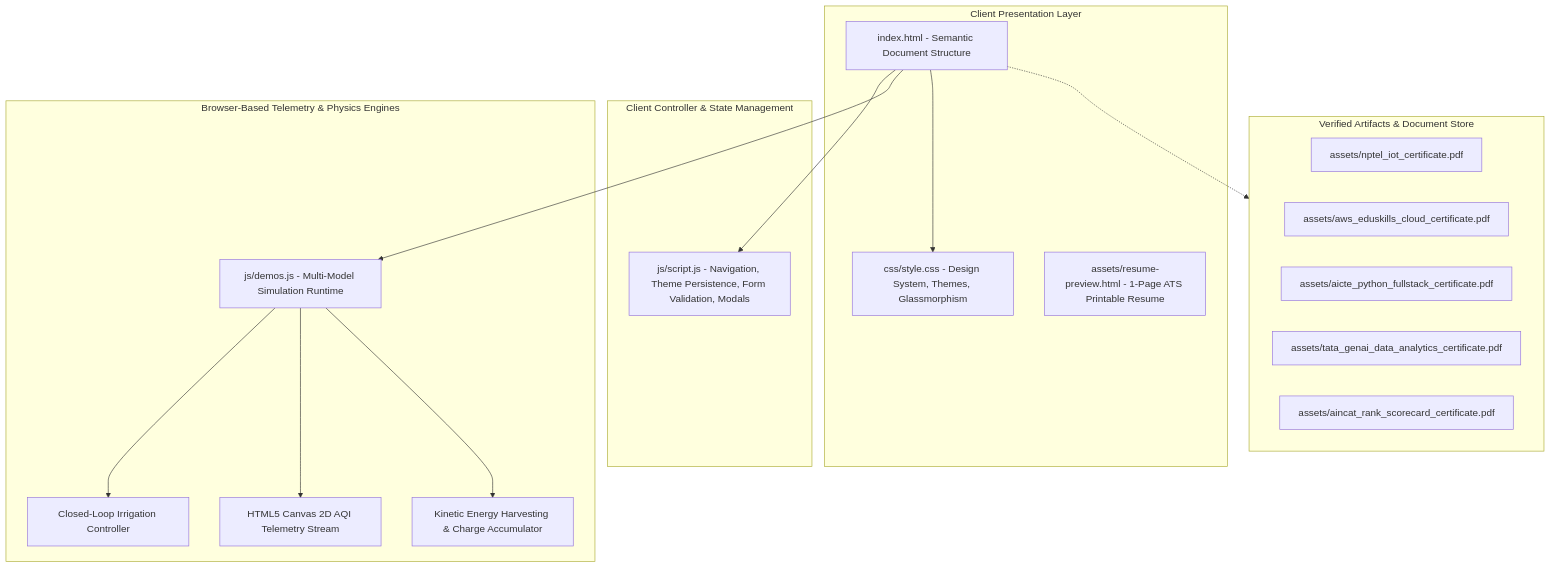
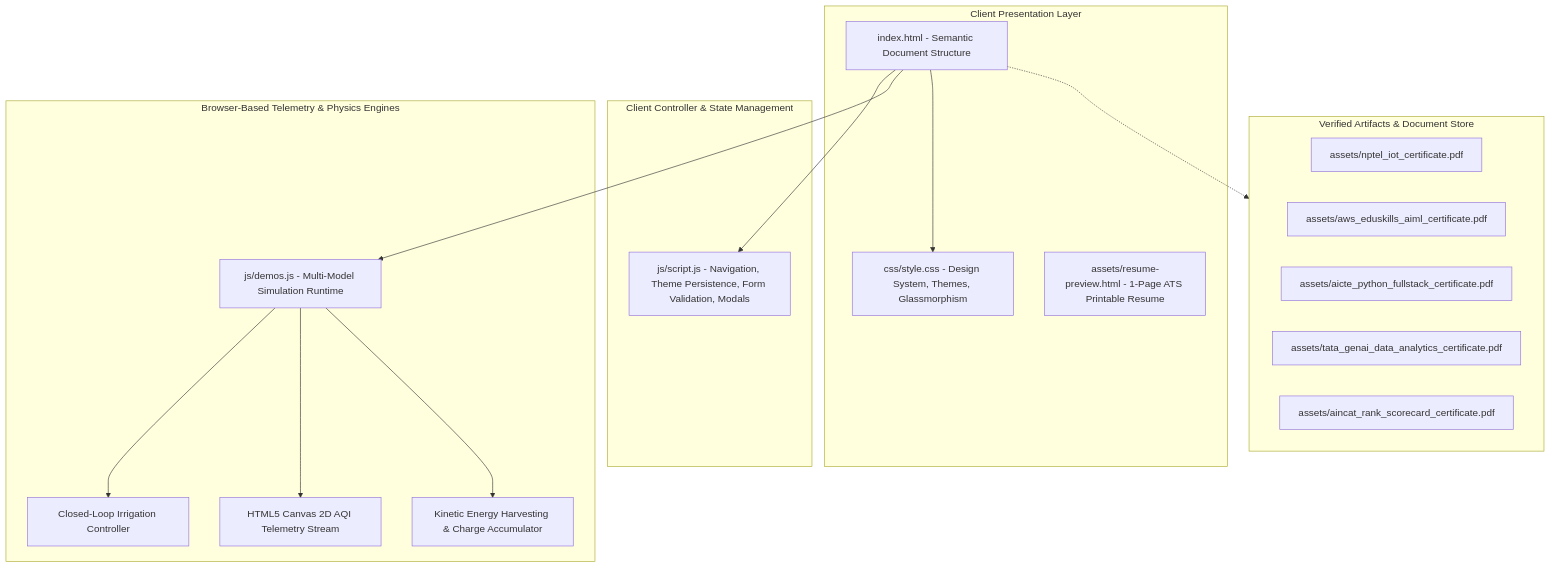
The first of 4 diagrams in README.md (MOHANKOTHAMASU/portfolio), drawn with Mermaid before and after one commit. The commit also changed other lines of this file and 3 other files, not shown here.

Commit message:
Update AWS certificate to verified AWS Academy AI-ML Virtual Internship (Grade A)

````diff
--- a/README.md
+++ b/README.md
@@ -29,35 +29,35 @@
 ```mermaid
 flowchart TB
     subgraph ClientLayer [Client Presentation Layer]
         HTML[index.html - Semantic Document Structure]
         CSS[css/style.css - Design System, Themes, Glassmorphism]
         ATS[assets/resume-preview.html - 1-Page ATS Printable Resume]
     end
 
     subgraph ControllerLayer [Client Controller & State Management]
         MainJS[js/script.js - Navigation, Theme Persistence, Form Validation, Modals]
     end
 
     subgraph SimulationEngines [Browser-Based Telemetry & Physics Engines]
         DemoEngine[js/demos.js - Multi-Model Simulation Runtime]
         IrrigationSim[Closed-Loop Irrigation Controller]
         CanvasChart[HTML5 Canvas 2D AQI Telemetry Stream]
         PiezoSim[Kinetic Energy Harvesting & Charge Accumulator]
     end
 
     subgraph AssetLayer [Verified Artifacts & Document Store]
         PDF1[assets/nptel_iot_certificate.pdf]
-        PDF2[assets/aws_eduskills_cloud_certificate.pdf]
+        PDF2[assets/aws_eduskills_aiml_certificate.pdf]
         PDF3[assets/aicte_python_fullstack_certificate.pdf]
         PDF4[assets/tata_genai_data_analytics_certificate.pdf]
         PDF5[assets/aincat_rank_scorecard_certificate.pdf]
     end
 
     HTML --> MainJS
     HTML --> DemoEngine
     HTML --> CSS
     DemoEngine --> IrrigationSim
     DemoEngine --> CanvasChart
     DemoEngine --> PiezoSim
     HTML -.-> AssetLayer
 ```
````
